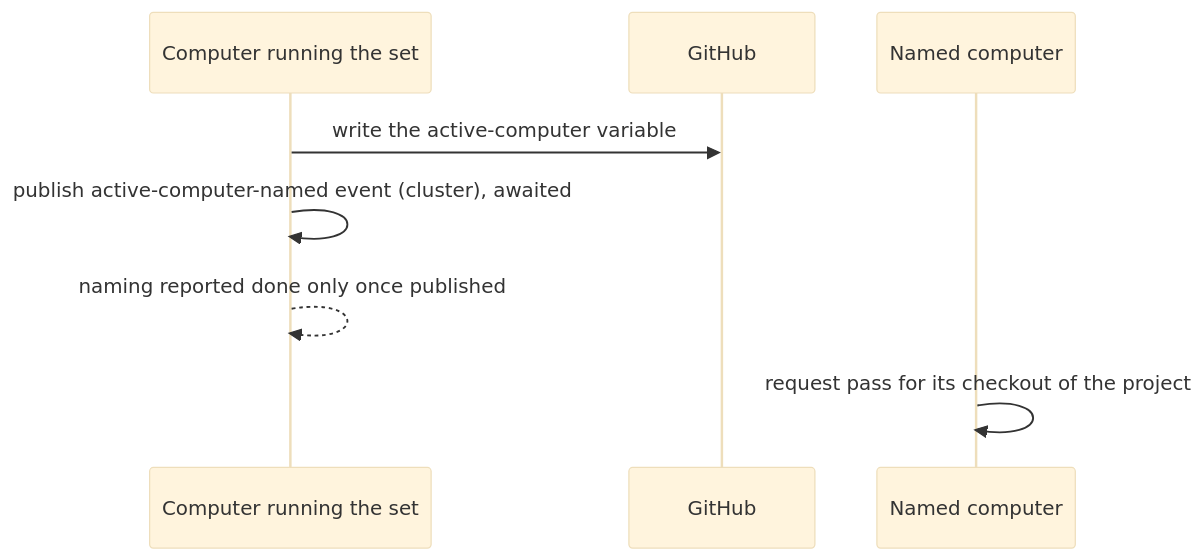
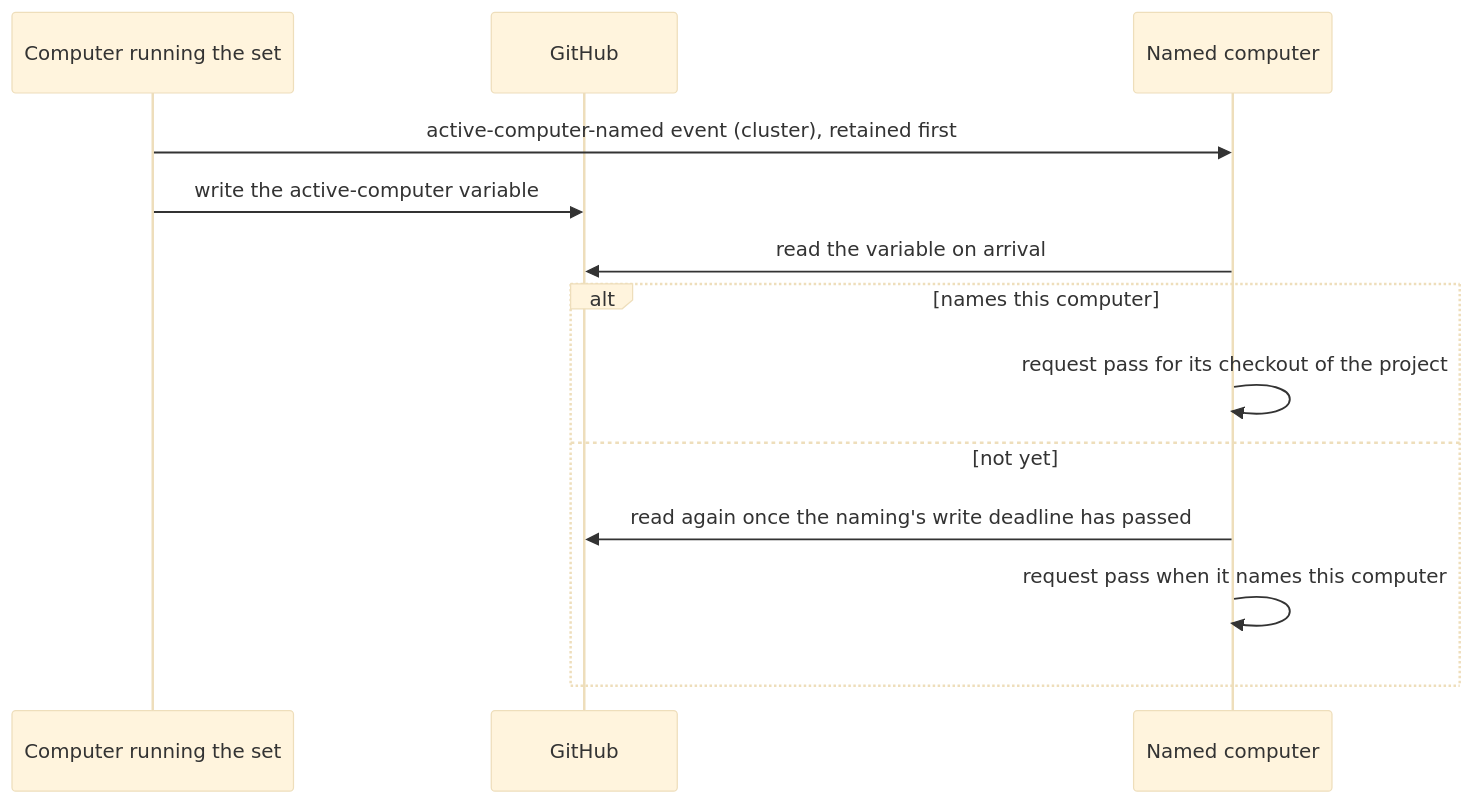
Before and after one commit to InstruktAI/TeleClaude: the third of 3 diagrams in docs/local/design/architecture/work-pickup.md, drawn with Mermaid (base theme). The commit also changed other lines of this file and 2 other files, not shown here.

First line of the commit message:
docs(work-pickup): retain the naming notice before the variable changes

````diff
--- a/docs/local/design/architecture/work-pickup.md
+++ b/docs/local/design/architecture/work-pickup.md
@@ -112,11 +112,16 @@
 ```mermaid
 sequenceDiagram
     participant Caller as Computer running the set
     participant GH as GitHub
     participant Named as Named computer
 
+    Caller->>Named: active-computer-named event (cluster), retained first
     Caller->>GH: write the active-computer variable
-    Caller->>Caller: publish active-computer-named event (cluster), awaited
-    Caller-->>Caller: naming reported done only once published
-    Named->>Named: request pass for its checkout of the project
+    Named->>GH: read the variable on arrival
+    alt names this computer
+        Named->>Named: request pass for its checkout of the project
+    else not yet
+        Named->>GH: read again once the naming's write deadline has passed
+        Named->>Named: request pass when it names this computer
+    end
 ```
````
